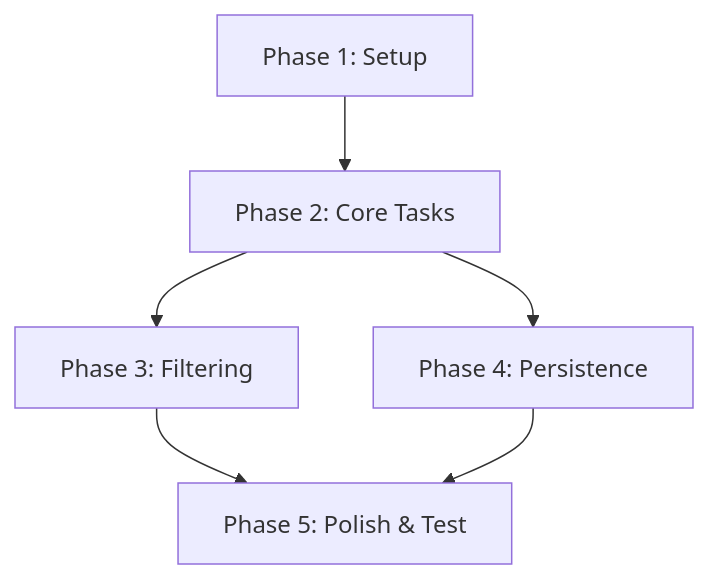
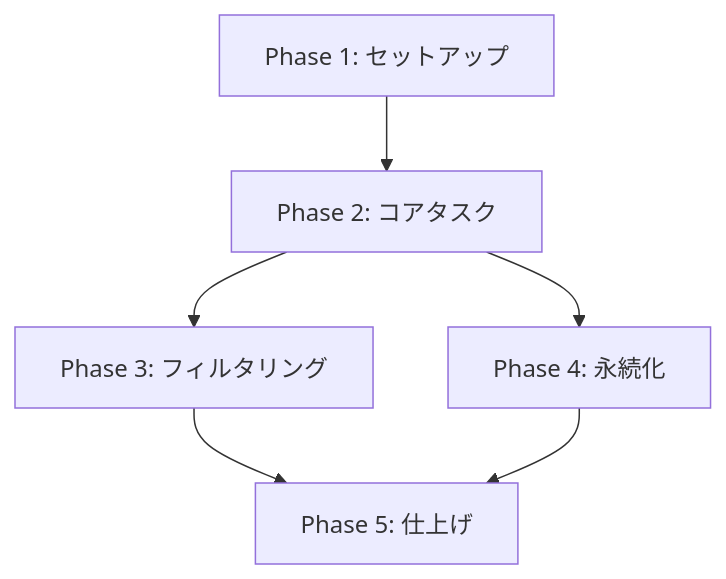
One commit to genuine-hagihara/todo-app-project changed the diagram in specs/001-todo-app/tasks.md. Above: the diagram before and after it, drawn with Mermaid. The commit also changed other lines of this file and 6 other files, not shown here.

````diff
--- a/specs/001-todo-app/tasks.md
+++ b/specs/001-todo-app/tasks.md
@@ -76,8 +76,8 @@
 ```mermaid
 graph TD
-    Setup[Phase 1: Setup] --> US1[Phase 2: Core Tasks]
-    US1 --> US2[Phase 3: Filtering]
-    US1 --> US3[Phase 4: Persistence]
-    US2 --> Polish[Phase 5: Polish & Test]
+    Setup[Phase 1: セットアップ] --> US1[Phase 2: コアタスク]
+    US1 --> US2[Phase 3: フィルタリング]
+    US1 --> US3[Phase 4: 永続化]
+    US2 --> Polish[Phase 5: 仕上げ]
     US3 --> Polish
 ```
````
